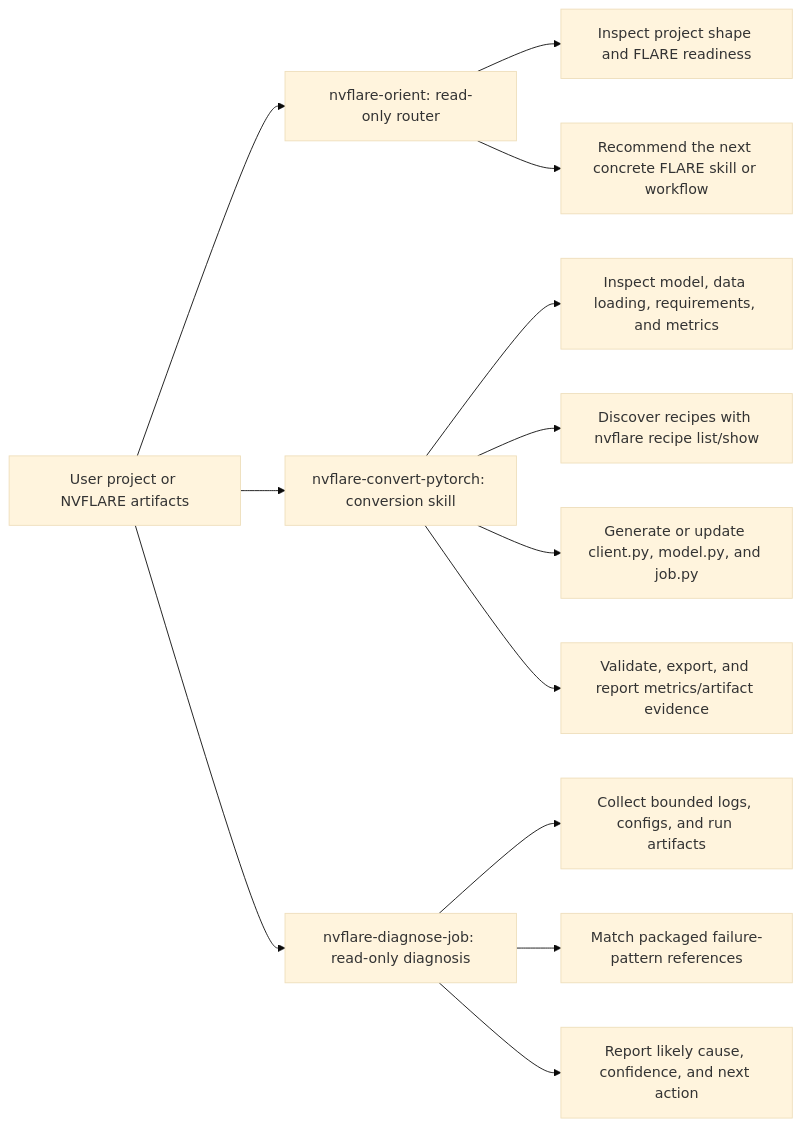
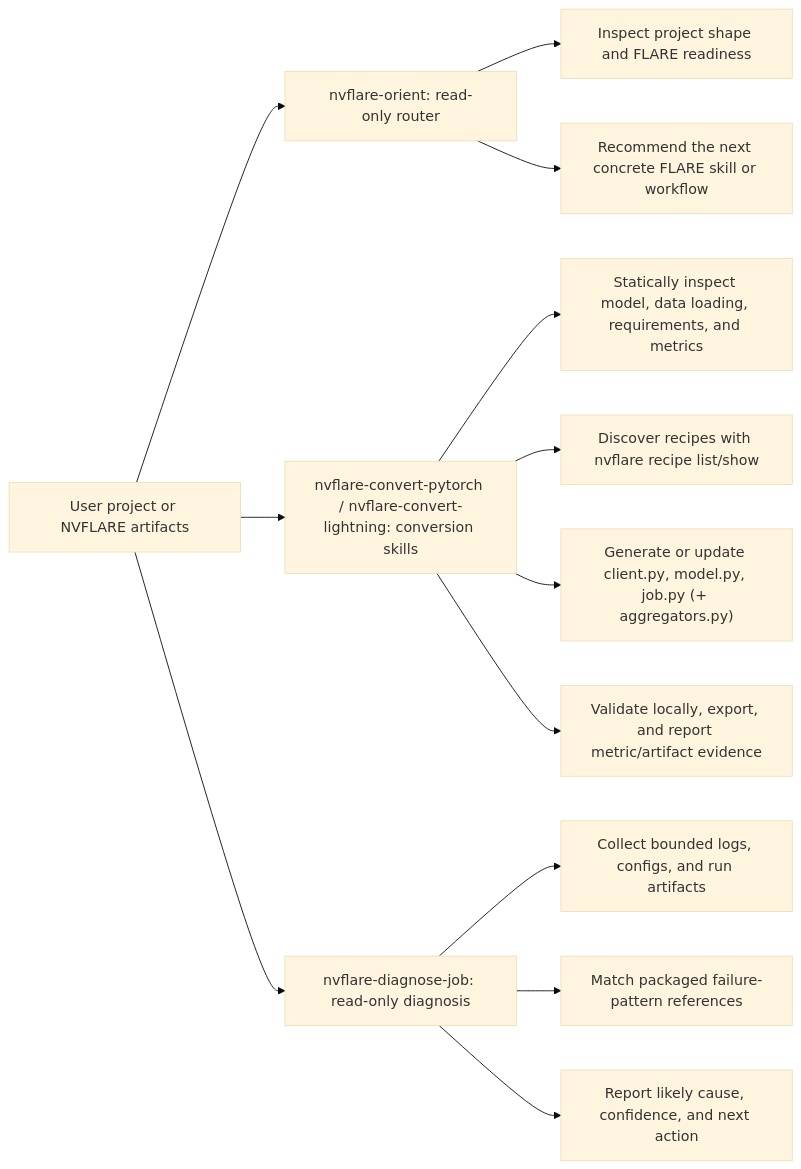
The fifth of 5 diagrams in docs/design/skills_architecture.md (NVIDIA/NVFlare), drawn with Mermaid (base theme) before and after one commit. The commit also changed other lines of this file and 116 other files, not shown here.

First line of the commit message:
NVFLARE agent skills: PyTorch/Lightning conversion, orient, diagnose — with lint, eval, packaging, and security hardening (#4837)

````diff
--- a/docs/design/skills_architecture.md
+++ b/docs/design/skills_architecture.md
@@ -115,18 +224,18 @@
 ```mermaid
 flowchart LR
     Project["User project or NVFLARE artifacts"] --> Orient["nvflare-orient: read-only router"]
-    Project --> Convert["nvflare-convert-pytorch: conversion skill"]
+    Project --> Convert["nvflare-convert-pytorch / nvflare-convert-lightning: conversion skills"]
     Project --> Diagnose["nvflare-diagnose-job: read-only diagnosis"]
 
     Orient --> OrientInspect["Inspect project shape and FLARE readiness"]
     Orient --> OrientDecision["Recommend the next concrete FLARE skill or workflow"]
 
-    Convert --> ConvertInspect["Inspect model, data loading, requirements, and metrics"]
+    Convert --> ConvertInspect["Statically inspect model, data loading, requirements, and metrics"]
     Convert --> RecipeList["Discover recipes with nvflare recipe list/show"]
-    Convert --> ClientAPI["Generate or update client.py, model.py, and job.py"]
-    Convert --> Lifecycle["Validate, export, and report metrics/artifact evidence"]
+    Convert --> ClientAPI["Generate or update client.py, model.py, job.py (+ aggregators.py)"]
+    Convert --> Validate["Validate locally, export, and report metric/artifact evidence"]
 
     Diagnose --> Evidence["Collect bounded logs, configs, and run artifacts"]
     Diagnose --> Patterns["Match packaged failure-pattern references"]
     Diagnose --> Cause["Report likely cause, confidence, and next action"]
 ```
````
